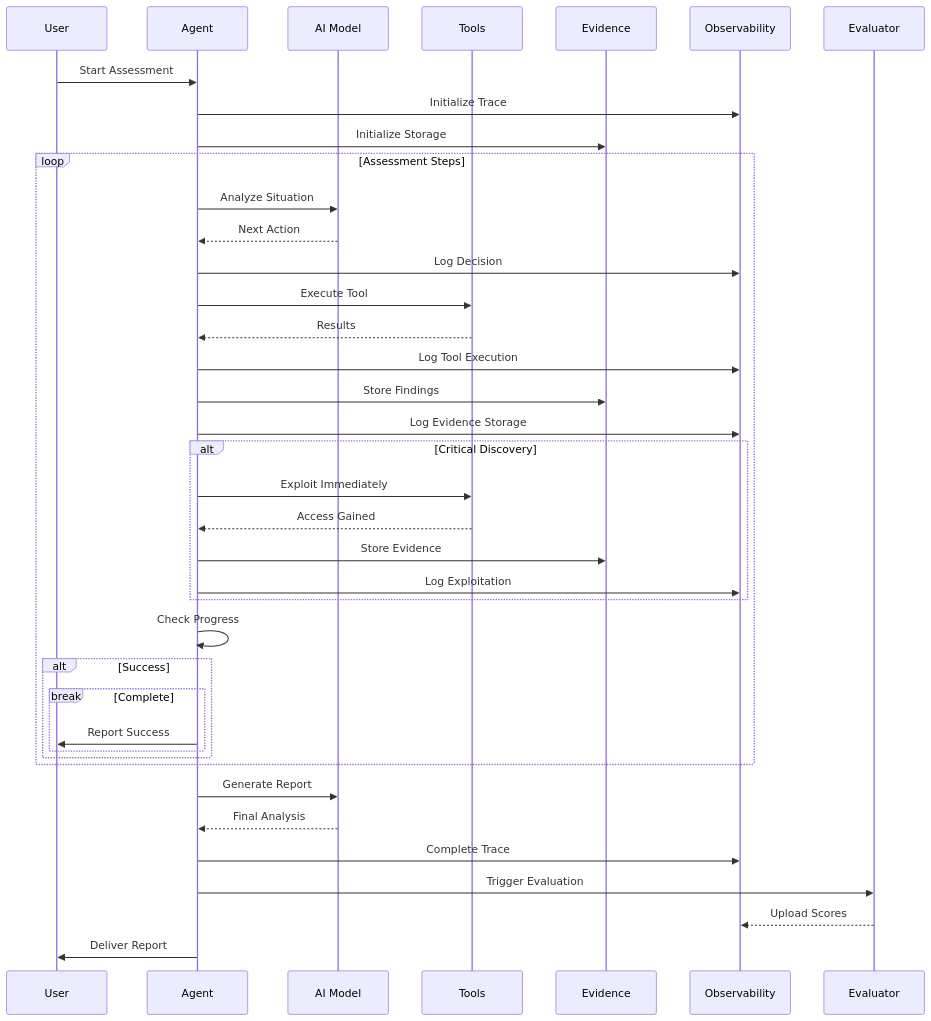
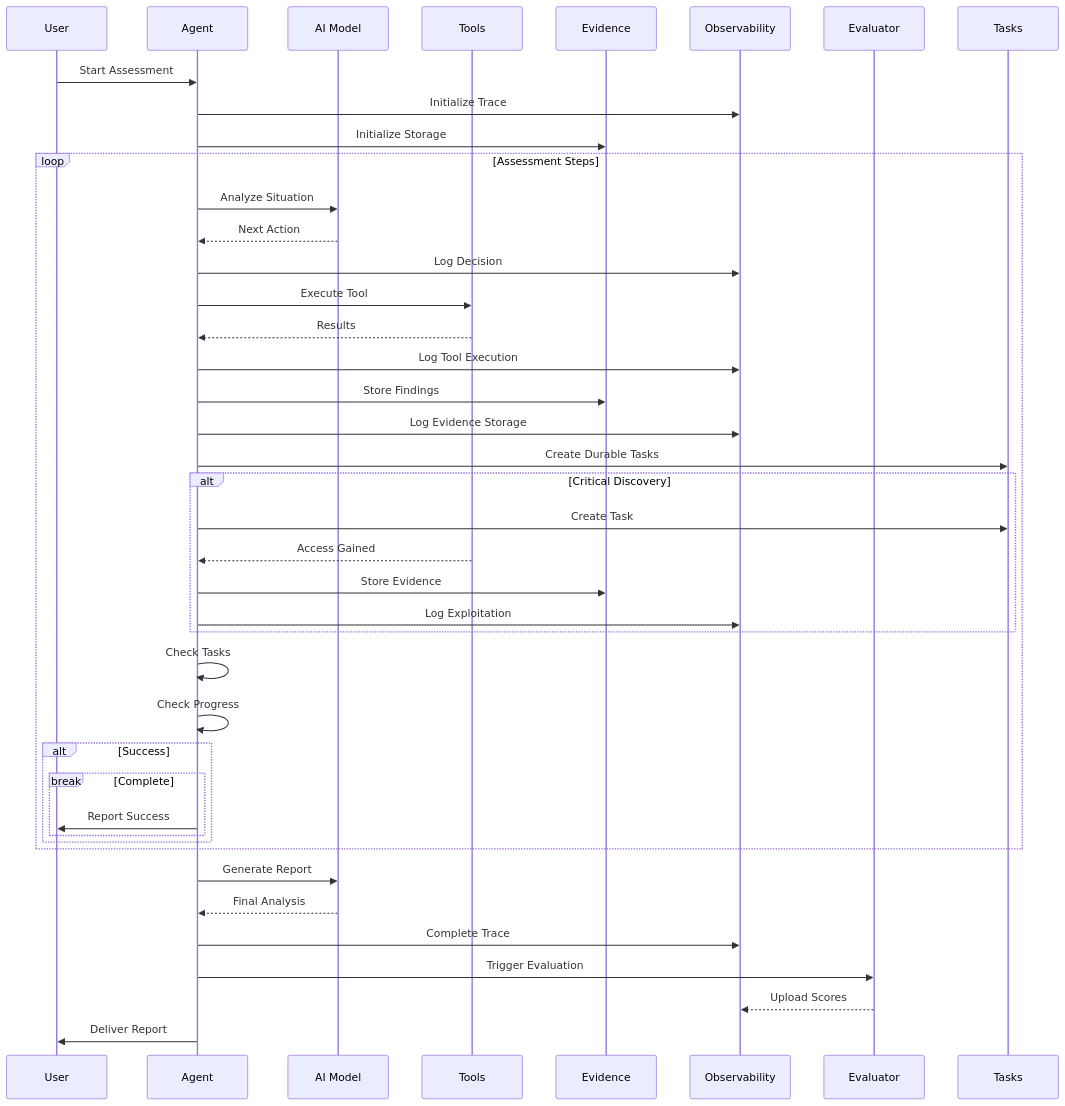
The second of 3 diagrams in README.md (double16/Cyber-AutoAgent-ng), drawn with Mermaid before and after one commit. The commit also changed other lines of this file and 35 other files, not shown here.

````diff
--- a/README.md
+++ b/README.md
@@ -226,47 +226,50 @@
 ```mermaid
 sequenceDiagram
     participant U as User
     participant A as Agent
     participant M as AI Model
     participant T as Tools
     participant E as Evidence
     participant L as Observability
     participant R as Evaluator
+    participant S as Tasks
 
     U->>A: Start Assessment
     A->>L: Initialize Trace
     A->>E: Initialize Storage
 
     loop Assessment Steps
         A->>M: Analyze Situation
         M-->>A: Next Action
         A->>L: Log Decision
         A->>T: Execute Tool
         T-->>A: Results
         A->>L: Log Tool Execution
         A->>E: Store Findings
         A->>L: Log Evidence Storage
+        A->>S: Create Durable Tasks
 
         alt Critical Discovery
-            A->>T: Exploit Immediately
+            A->>S: Create Task
             T-->>A: Access Gained
             A->>E: Store Evidence
             A->>L: Log Exploitation
         end
 
+        A->>A: Check Tasks
         A->>A: Check Progress
 
         alt Success
             break Complete
                 A->>U: Report Success
             end
         end
     end
 
     A->>M: Generate Report
     M-->>A: Final Analysis
     A->>L: Complete Trace
     A->>R: Trigger Evaluation
     R-->>L: Upload Scores
     A->>U: Deliver Report
 ```
````
